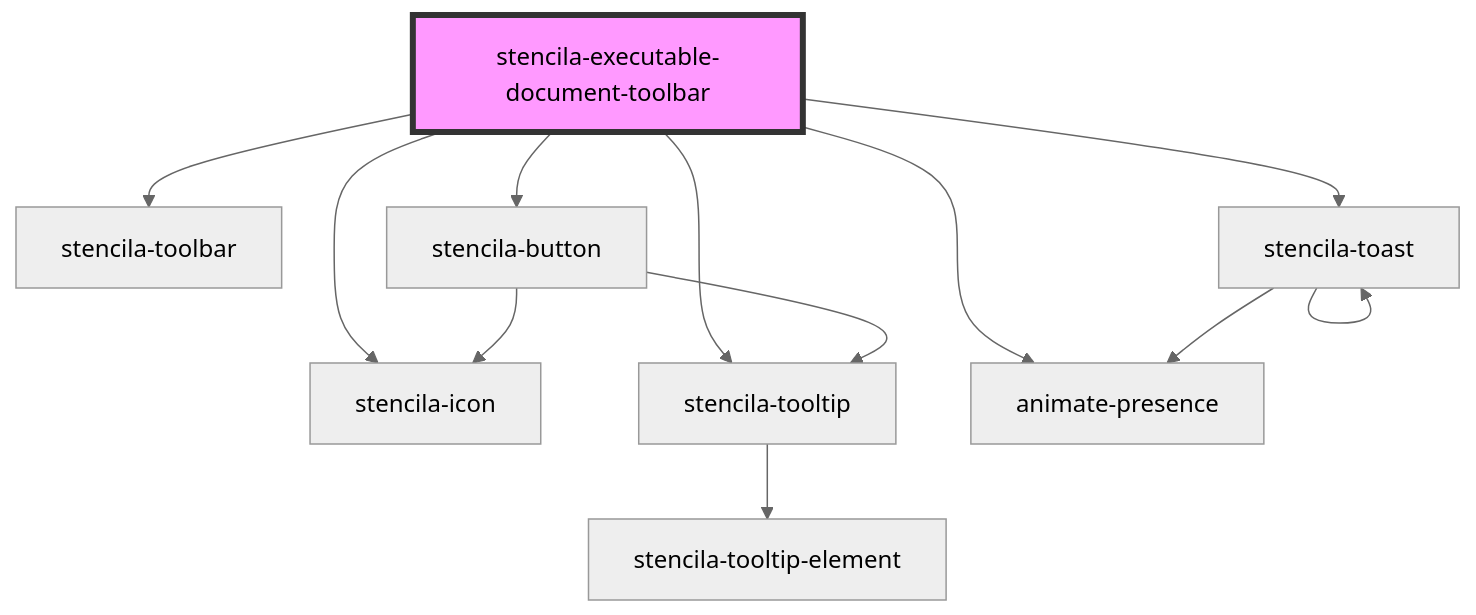
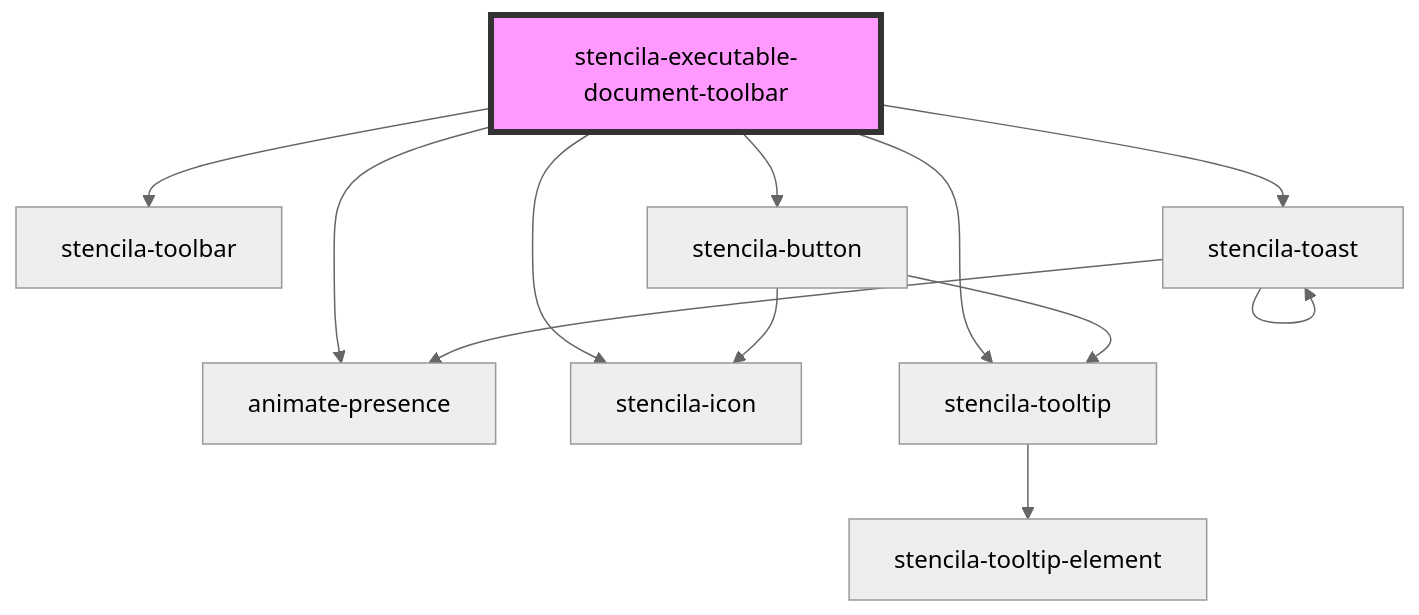
Before and after one commit to stencila/designa: the diagram in packages/components/src/components/executableDocumentToolbar/readme.md, drawn with Mermaid (neutral theme). The commit also changed other lines of this file and 18 other files, not shown here.

First line of the commit message:
feat(Components): Add ExecutableDocument toolbar component

````diff
--- a/packages/components/src/components/executableDocumentToolbar/readme.md
+++ b/packages/components/src/components/executableDocumentToolbar/readme.md
@@ -28,15 +36,15 @@
 ```mermaid
 graph TD;
   stencila-executable-document-toolbar --> stencila-toolbar
   stencila-executable-document-toolbar --> stencila-button
+  stencila-executable-document-toolbar --> animate-presence
+  stencila-executable-document-toolbar --> stencila-toast
   stencila-executable-document-toolbar --> stencila-icon
   stencila-executable-document-toolbar --> stencila-tooltip
-  stencila-executable-document-toolbar --> animate-presence
-  stencila-executable-document-toolbar --> stencila-toast
   stencila-button --> stencila-icon
   stencila-button --> stencila-tooltip
   stencila-tooltip --> stencila-tooltip-element
   stencila-toast --> animate-presence
   stencila-toast --> stencila-toast
   style stencila-executable-document-toolbar fill:#f9f,stroke:#333,stroke-width:4px
 ```
````
